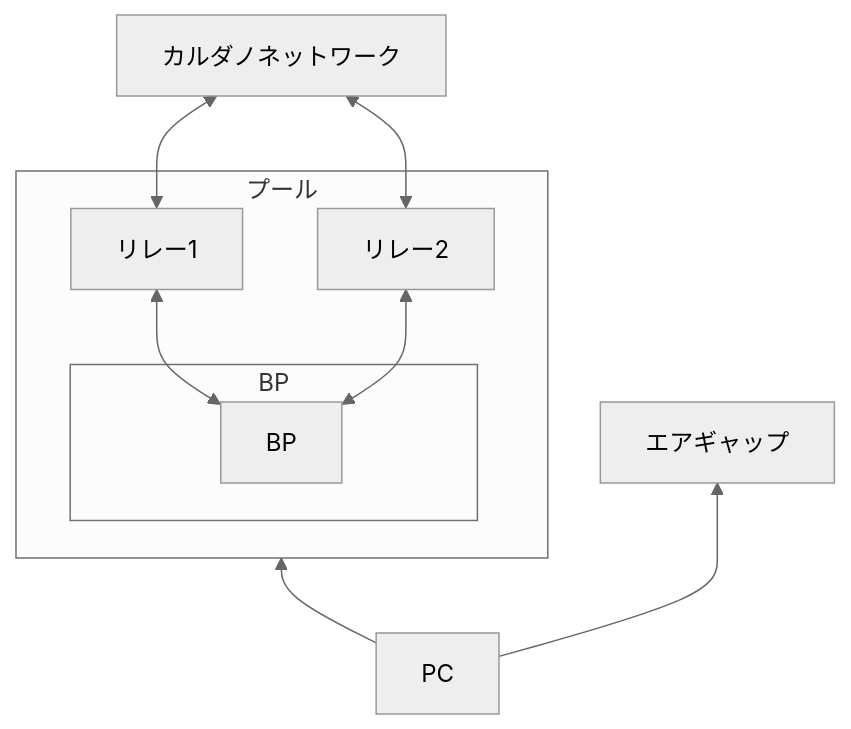
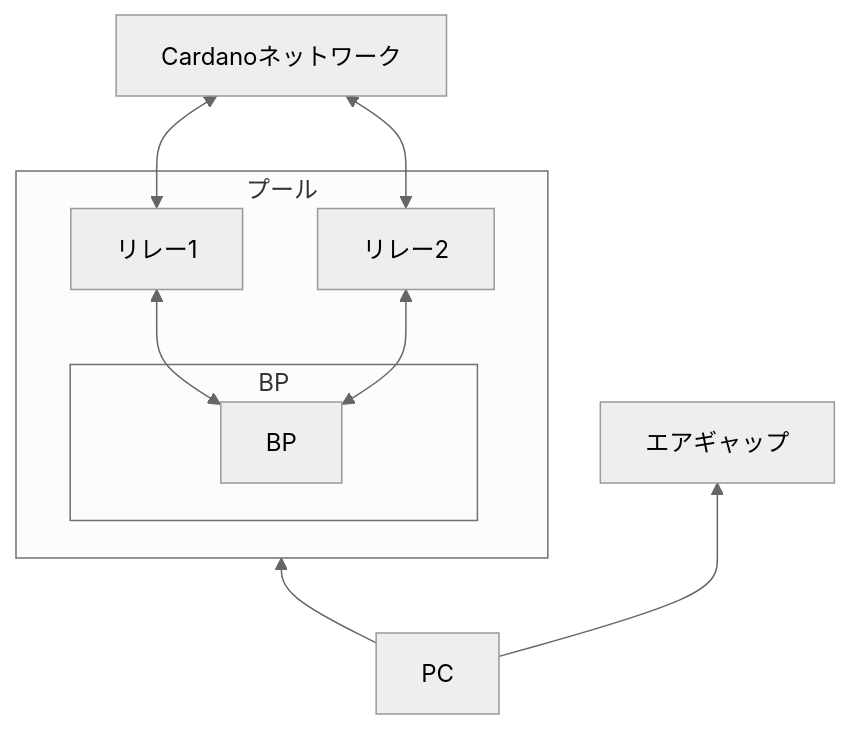
One commit to btbf/spojapanguild changed the diagram in docs/index.md. Above: the diagram before and after it, drawn with Mermaid (neutral theme). The commit also changed other lines of this file and 50 other files, not shown here.

````diff
--- a/docs/index.md
+++ b/docs/index.md
@@ -110,12 +107,12 @@
-``` mermaid
-    flowchart BT
-        a2[リレー1] & a3[リレー2] <--> a4[カルダノネットワーク]
-        subgraph ide1[プール]
-            subgraph BP
-                a1[BP]
-            end
-                a1[BP] <--> a2[リレー1] & a3[リレー2]
+```mermaid
+flowchart BT
+    a2[リレー1] & a3[リレー2] <--> a4[Cardanoネットワーク]
+    subgraph ide1[プール]
+        subgraph BP
+            a1[BP]
         end
-        c1[PC] --> ide1
-        c1[PC] --> エアギャップ
+            a1[BP] <--> a2[リレー1] & a3[リレー2]
+    end
+    c1[PC] --> ide1
+    c1[PC] --> エアギャップ
 ```
````
